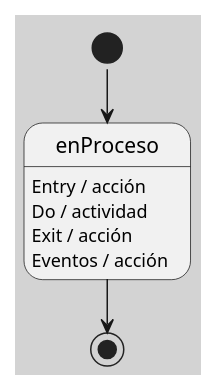
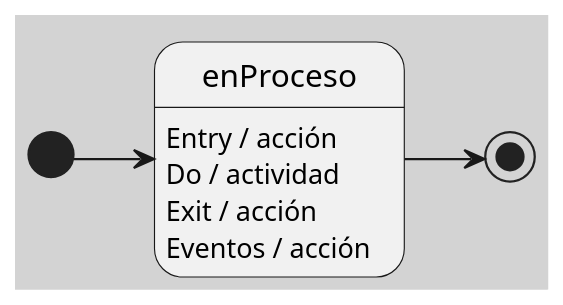
Before and after one commit to egrpy/egr-zettel-lectures: the second of 4 diagrams in src/site/notes/050 Base de Conocimientos/200  Mi Zettelkasten/100 Docencia/IS1/2025/Clase 08 Modelo Conceptual del UML - Elementos, Relaciones, Reglas y Mecanismos Comunes/Zk Modelo Conceptual del UML (Elementos de Comportamiento).md, drawn with PlantUML. The commit also changed other lines of this file and 11 other files, not shown here.

````diff
--- a/src/site/notes/050 Base de Conocimientos/200  Mi Zettelkasten/100 Docencia/IS1/2025/Clase 08 Modelo Conceptual del UML - Elementos, Relaciones, Reglas y Mecanismos Comunes/Zk Modelo Conceptual del UML (Elementos de Comportamiento).md
+++ b/src/site/notes/050 Base de Conocimientos/200  Mi Zettelkasten/100 Docencia/IS1/2025/Clase 08 Modelo Conceptual del UML - Elementos, Relaciones, Reglas y Mecanismos Comunes/Zk Modelo Conceptual del UML (Elementos de Comportamiento).md
@@ -45,22 +47,23 @@
 ```plantuml
 @startuml
 !pragma layout smetana
 skinparam style strictuml
 skinparam classAttributeIconSize 0
 skinparam BackgroundColor LightGray
-'left to right direction
-top to bottom direction
+left to right direction
+'top to bottom direction
 skinparam linetype ortho
 
+scale 1.5
 
 state enProceso
 enProceso :Entry / acción
 enProceso :Do / actividad
 enProceso :Exit / acción
 enProceso :Eventos / acción
 
 [*] --> enProceso
 enProceso --> [*]
 
 @enduml
 ```
````
